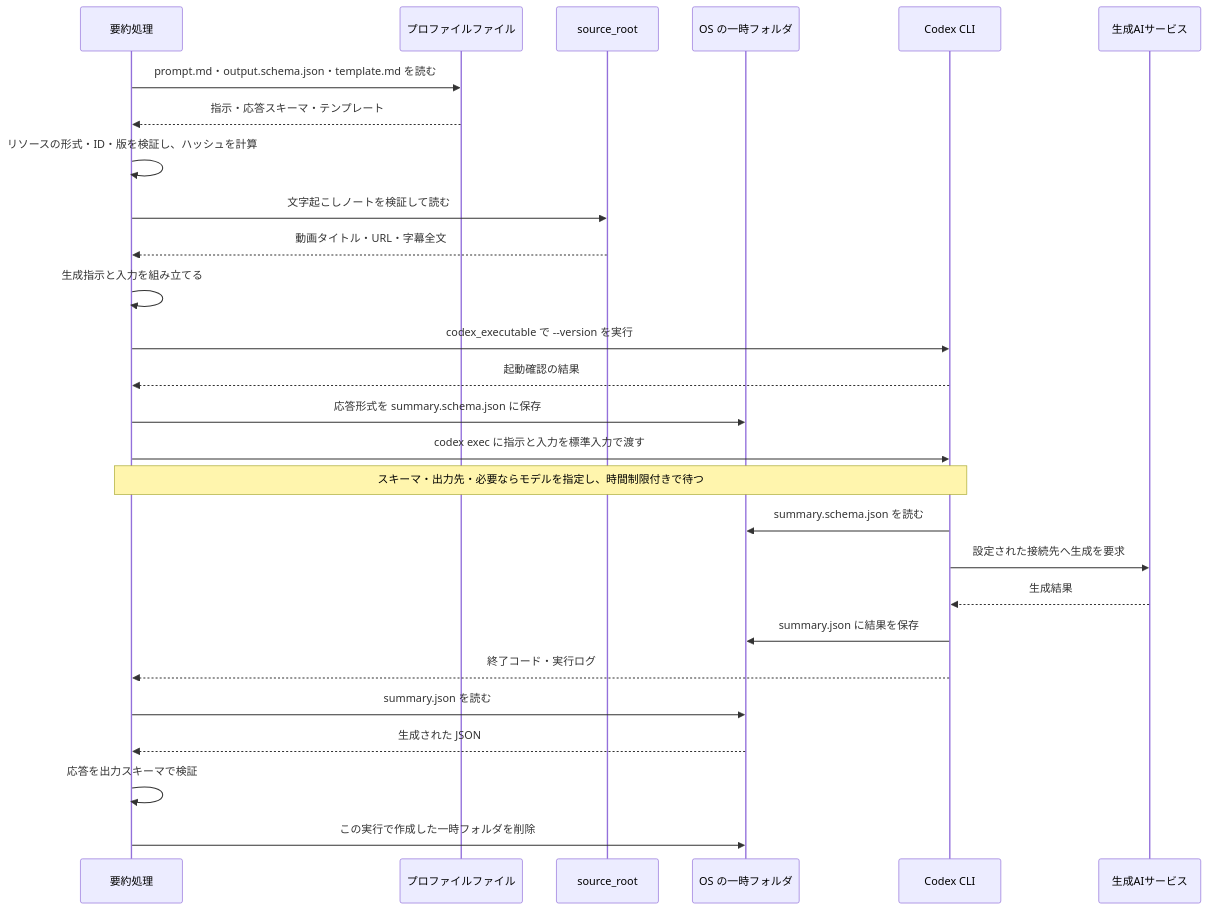
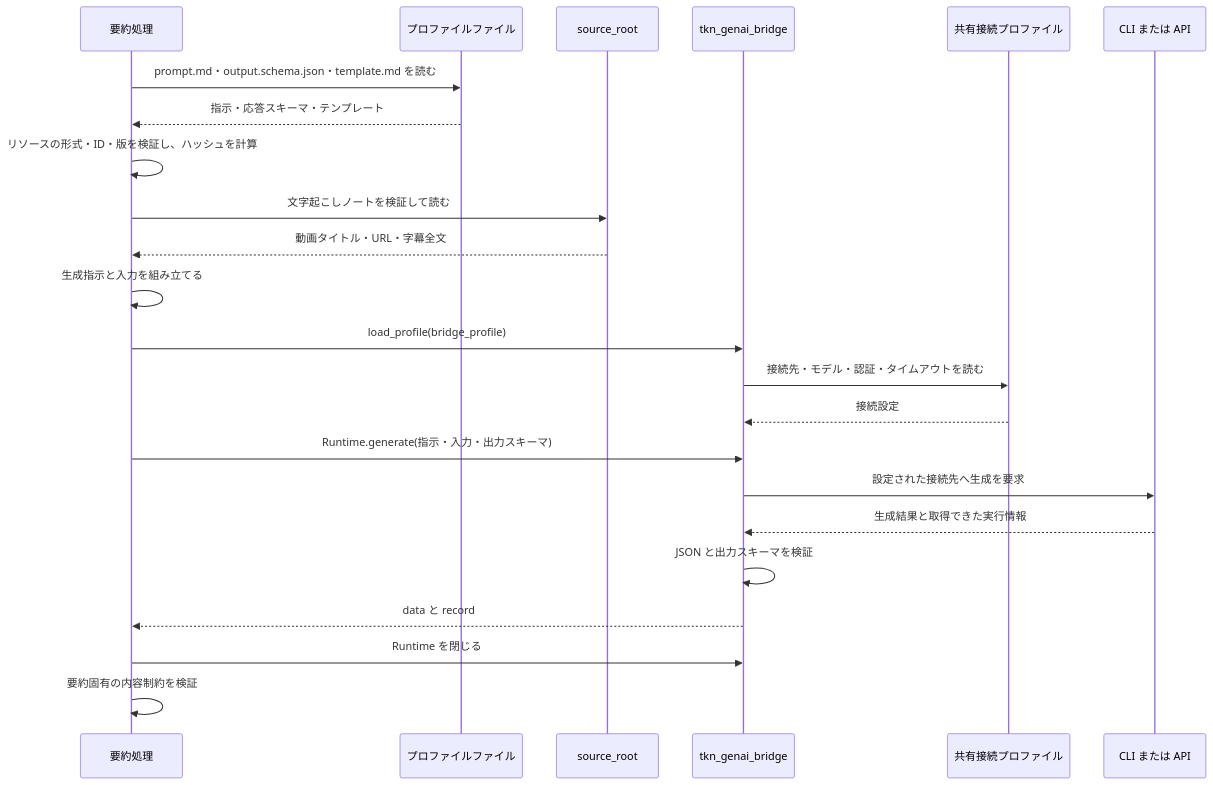
Before and after one commit to tuckn/tkn_youtube_note_pipeline: the fourth of 5 diagrams in README.md, drawn with Mermaid. The commit also changed other lines of this file and 19 other files, not shown here.

````diff
--- a/README.md
+++ b/README.md
@@ -461,30 +581,26 @@
 ```mermaid
 sequenceDiagram
     participant App as 要約処理
     participant Profile as プロファイルファイル
     participant Source as source_root
-    participant Temp as OS の一時フォルダ
-    participant Codex as Codex CLI
-    participant AI as 生成AIサービス
+    participant Bridge as tkn_genai_bridge
+    participant Config as 共有接続プロファイル
+    participant AI as CLI または API
 
     App->>Profile: prompt.md・output.schema.json・template.md を読む
     Profile-->>App: 指示・応答スキーマ・テンプレート
     App->>App: リソースの形式・ID・版を検証し、ハッシュを計算
     App->>Source: 文字起こしノートを検証して読む
     Source-->>App: 動画タイトル・URL・字幕全文
     App->>App: 生成指示と入力を組み立てる
-    App->>Codex: codex_executable で --version を実行
-    Codex-->>App: 起動確認の結果
-    App->>Temp: 応答形式を summary.schema.json に保存
-    App->>Codex: codex exec に指示と入力を標準入力で渡す
-    Note over App,Codex: スキーマ・出力先・必要ならモデルを指定し、時間制限付きで待つ
-    Codex->>Temp: summary.schema.json を読む
-    Codex->>AI: 設定された接続先へ生成を要求
-    AI-->>Codex: 生成結果
-    Codex->>Temp: summary.json に結果を保存
-    Codex-->>App: 終了コード・実行ログ
-    App->>Temp: summary.json を読む
-    Temp-->>App: 生成された JSON
-    App->>App: 応答を出力スキーマで検証
-    App->>Temp: この実行で作成した一時フォルダを削除
+    App->>Bridge: load_profile(bridge_profile)
+    Bridge->>Config: 接続先・モデル・認証・タイムアウトを読む
+    Config-->>Bridge: 接続設定
+    App->>Bridge: Runtime.generate(指示・入力・出力スキーマ)
+    Bridge->>AI: 設定された接続先へ生成を要求
+    AI-->>Bridge: 生成結果と取得できた実行情報
+    Bridge->>Bridge: JSON と出力スキーマを検証
+    Bridge-->>App: data と record
+    App->>Bridge: Runtime を閉じる
+    App->>App: 要約固有の内容制約を検証
 ```
````
